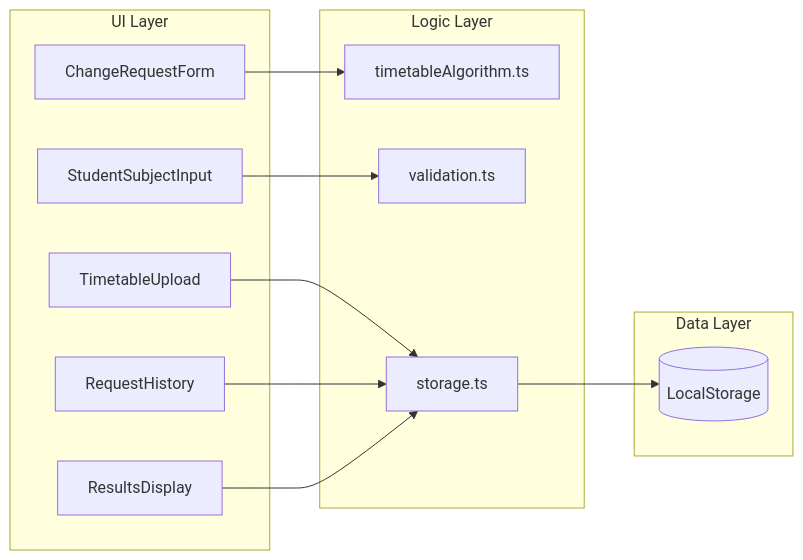
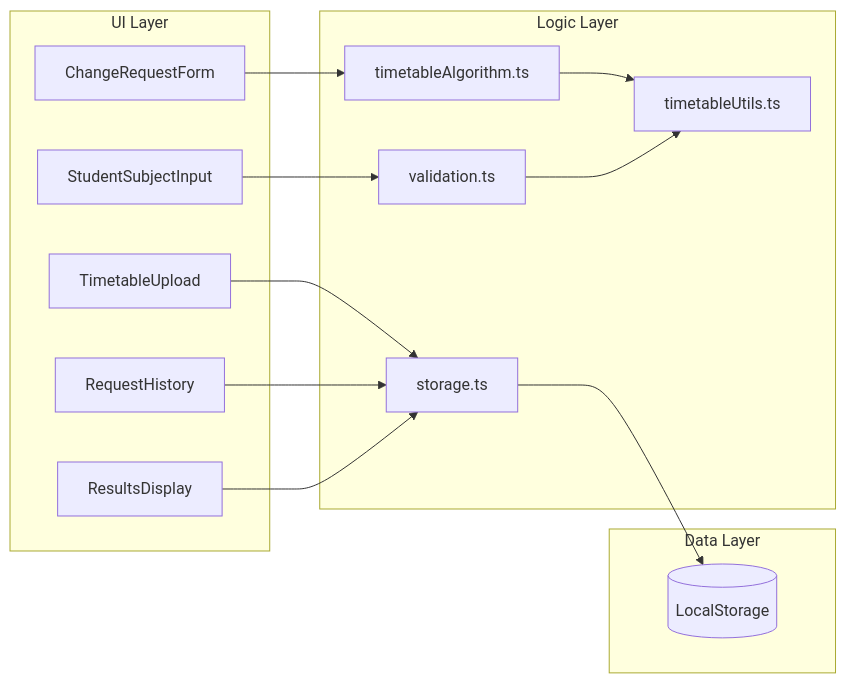
Before and after one commit to viv-li/griddle-me-this: the diagram in plan.md, drawn with Mermaid. The commit also changed other lines of this file and 7 other files, not shown here.

````diff
--- a/plan.md
+++ b/plan.md
@@ -5,27 +5,30 @@
 ```mermaid
 flowchart LR
     subgraph ui [UI Layer]
         Upload[TimetableUpload]
         History[RequestHistory]
         Input[StudentSubjectInput]
         Form[ChangeRequestForm]
         Results[ResultsDisplay]
     end
-    
+
     subgraph logic [Logic Layer]
         Algorithm[timetableAlgorithm.ts]
+        Utils[timetableUtils.ts]
         Validation[validation.ts]
         Storage[storage.ts]
     end
-    
+
     subgraph data [Data Layer]
         LS[(LocalStorage)]
     end
-    
+
     Upload --> Storage
     History --> Storage
     Input --> Validation
     Form --> Algorithm
+    Algorithm --> Utils
+    Validation --> Utils
     Results --> Storage
     Storage --> LS
 ```
````
